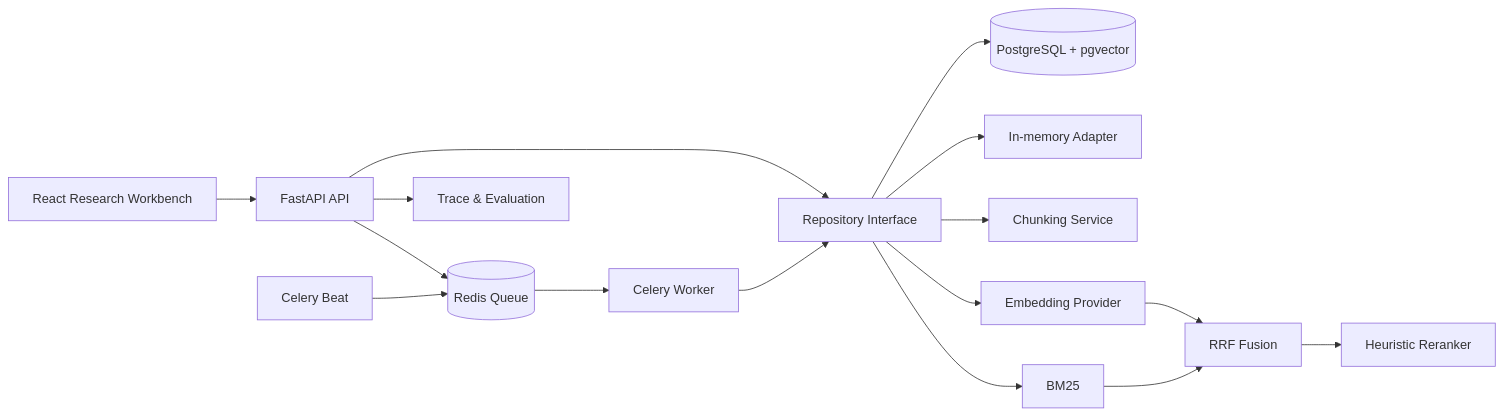
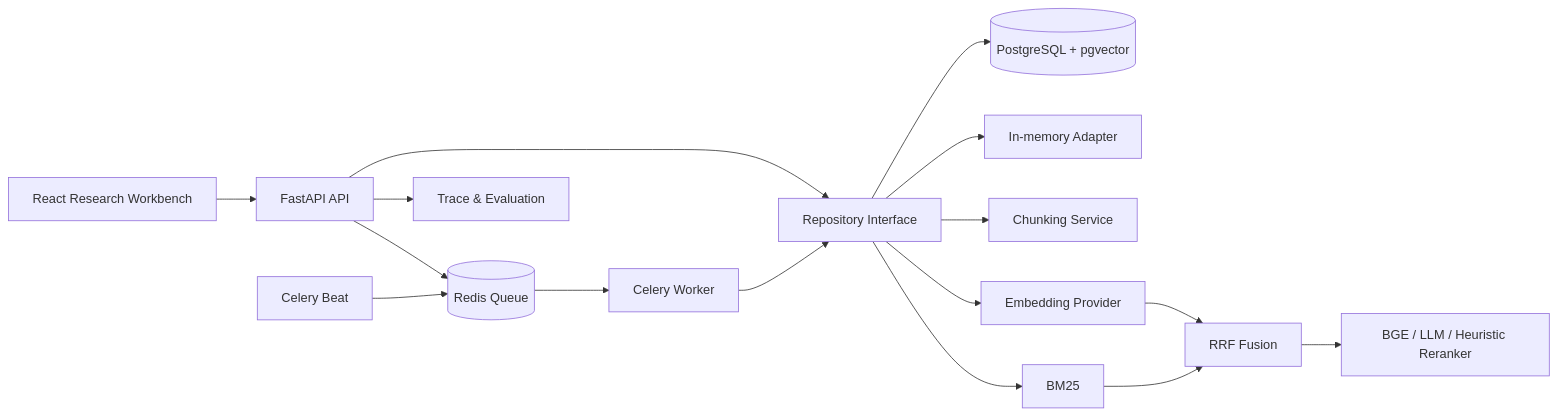
One commit to quanzhan-zzz/policy-rag-studio changed the diagram in README.md. Above: the diagram before and after it, drawn with Mermaid. The commit also changed other lines of this file and 8 other files, not shown here.

````diff
--- a/README.md
+++ b/README.md
@@ -77,18 +96,18 @@
 ```mermaid
 flowchart LR
     UI[React Research Workbench] --> API[FastAPI API]
     API --> REPO[Repository Interface]
     REPO --> PG[(PostgreSQL + pgvector)]
     REPO --> MEM[In-memory Adapter]
     API --> R[(Redis Queue)]
     R --> WORKER[Celery Worker]
     BEAT[Celery Beat] --> R
     WORKER --> REPO
     API --> TRACE[Trace & Evaluation]
     REPO --> CHUNK[Chunking Service]
     REPO --> DENSE[Embedding Provider]
     REPO --> BM25[BM25]
     DENSE --> RRF[RRF Fusion]
     BM25 --> RRF
-    RRF --> RERANK[Heuristic Reranker]
+    RRF --> RERANK[BGE / LLM / Heuristic Reranker]
 ```
````
